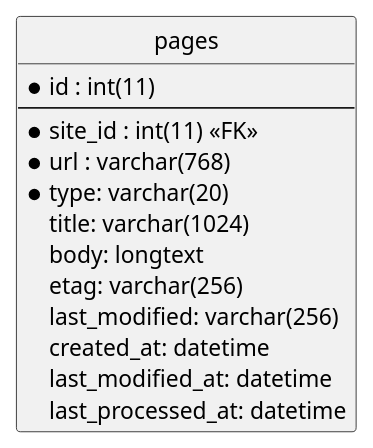
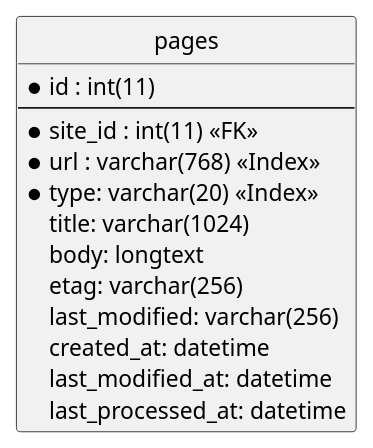
The diagram in pages_table.wsd (azhar-cograph/tc3-solr), drawn with PlantUML before and after one commit. The commit also changed 2 other files, not shown here.

```diff
--- a/pages_table.wsd
+++ b/pages_table.wsd
@@ -1,25 +1,25 @@
 @startuml pages
 
 ' hide the spot
 hide circle
 
 ' avoid problems with angled crows feet
 skinparam linetype ortho
 
 
 entity "pages" as pg {
   *id : int(11)
   --
   *site_id : int(11) <<FK>>
-  *url : varchar(768)
-  *type: varchar(20)
+  *url : varchar(768) <<Index>>
+  *type: varchar(20) <<Index>>
   title: varchar(1024)
   body: longtext
   etag: varchar(256)
   last_modified: varchar(256)
   created_at: datetime
   last_modified_at: datetime 
   last_processed_at: datetime 
 }
 
 @enduml
```
